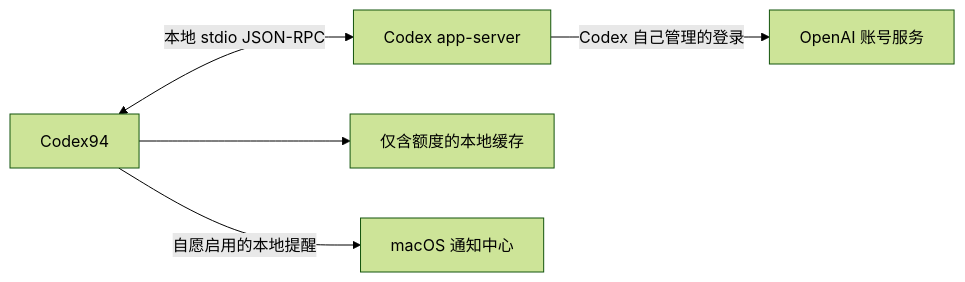
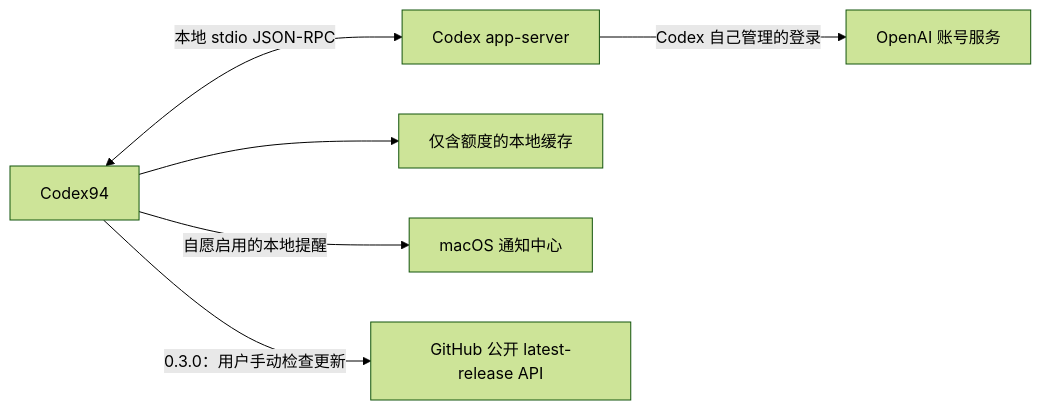
Before and after one commit to DEFY-AN94/codex94: the diagram in README.zh-CN.md, drawn with Mermaid (forest theme). The commit also changed other lines of this file and 38 other files, not shown here.

````diff
--- a/README.zh-CN.md
+++ b/README.zh-CN.md
@@ -241,7 +271,8 @@
 ```mermaid
 flowchart LR
     A["Codex94"] <-->|"本地 stdio JSON-RPC"| B["Codex app-server"]
     B -->|"Codex 自己管理的登录"| C["OpenAI 账号服务"]
     A --> D["仅含额度的本地缓存"]
     A -->|"自愿启用的本地提醒"| E["macOS 通知中心"]
+    A -->|"0.3.0：用户手动检查更新"| F["GitHub 公开 latest-release API"]
 ```
````
